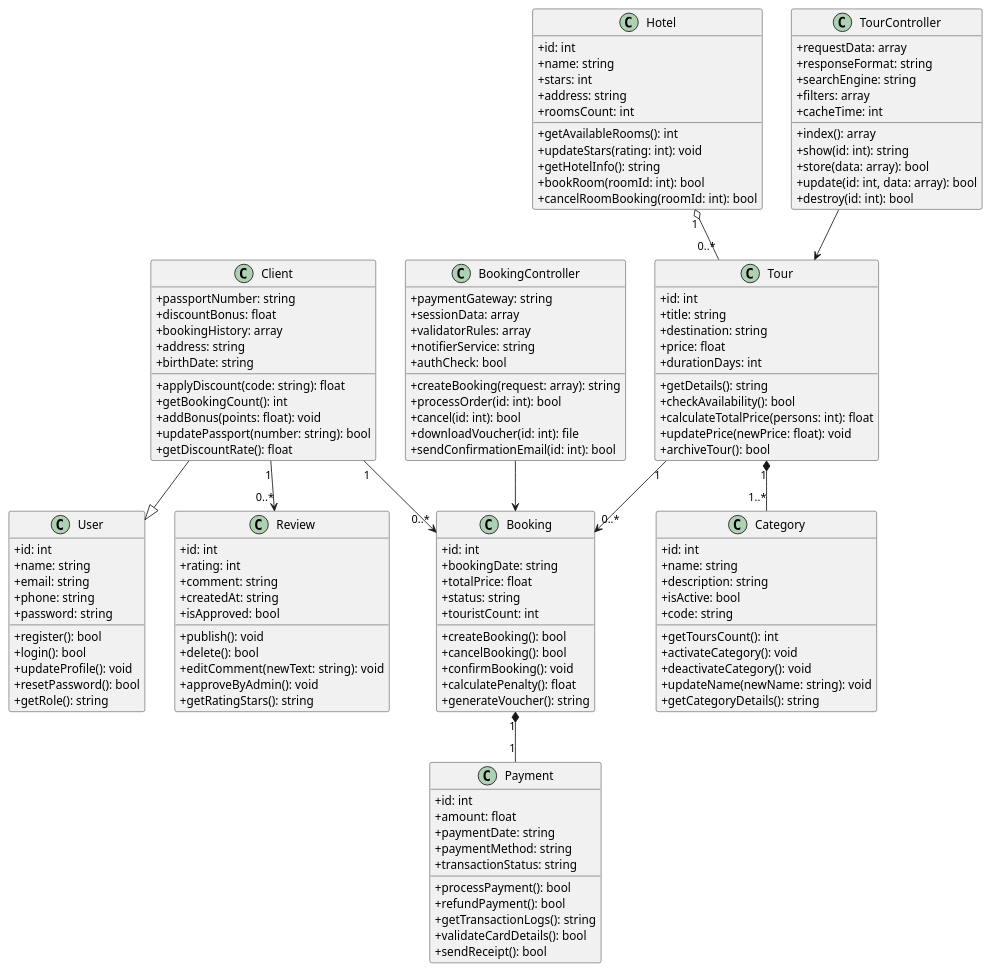
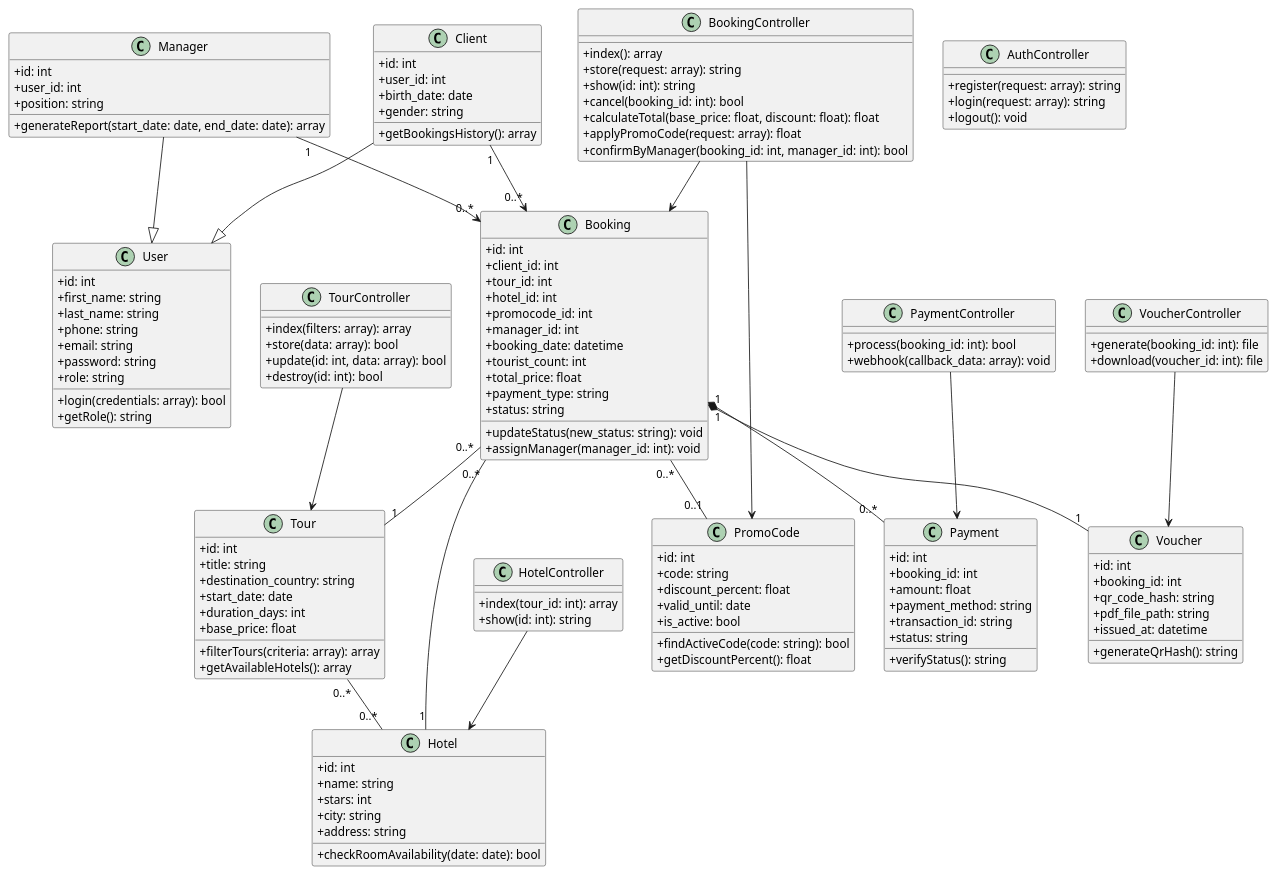
Before and after one commit to Julietkaaaaaaaa/php.lab1: the diagram in docs/class_diagram.puml, drawn with PlantUML. The commit also changed 4 other files, not shown here.

Commit message:
Update use case and class diagrams based on new requirements

```diff
--- a/docs/class_diagram.puml
+++ b/docs/class_diagram.puml
@@ -1,145 +1,168 @@
 @startuml
 skinparam classAttributeIconSize 0
 
+' --- МОДЕЛІ ---
+
 class User {
   +id: int
-  +name: string
+  +first_name: string
+  +last_name: string
+  +phone: string
   +email: string
-  +phone: string
   +password: string
-  +register(): bool
-  +login(): bool
-  +updateProfile(): void
-  +resetPassword(): bool
+  +role: string
+  +login(credentials: array): bool
   +getRole(): string
 }
 
 class Client {
-  +passportNumber: string
-  +discountBonus: float
-  +bookingHistory: array
-  +address: string
-  +birthDate: string
-  +applyDiscount(code: string): float
-  +getBookingCount(): int
-  +addBonus(points: float): void
-  +updatePassport(number: string): bool
-  +getDiscountRate(): float
+  +id: int
+  +user_id: int
+  +birth_date: date
+  +gender: string
+  +getBookingsHistory(): array
+}
+
+class Manager {
+  +id: int
+  +user_id: int
+  +position: string
+  +generateReport(start_date: date, end_date: date): array
 }
 
 class Tour {
   +id: int
   +title: string
-  +destination: string
-  +price: float
-  +durationDays: int
-  +getDetails(): string
-  +checkAvailability(): bool
-  +calculateTotalPrice(persons: int): float
-  +updatePrice(newPrice: float): void
-  +archiveTour(): bool
+  +destination_country: string
+  +start_date: date
+  +duration_days: int
+  +base_price: float
+  +filterTours(criteria: array): array
+  +getAvailableHotels(): array
 }
 
 class Hotel {
   +id: int
   +name: string
   +stars: int
+  +city: string
   +address: string
-  +roomsCount: int
-  +getAvailableRooms(): int
-  +updateStars(rating: int): void
-  +getHotelInfo(): string
-  +bookRoom(roomId: int): bool
-  +cancelRoomBooking(roomId: int): bool
+  +checkRoomAvailability(date: date): bool
 }
 
-class Category {
+class PromoCode {
   +id: int
-  +name: string
-  +description: string
-  +isActive: bool
   +code: string
-  +getToursCount(): int
-  +activateCategory(): void
-  +deactivateCategory(): void
-  +updateName(newName: string): void
-  +getCategoryDetails(): string
+  +discount_percent: float
+  +valid_until: date
+  +is_active: bool
+  +findActiveCode(code: string): bool
+  +getDiscountPercent(): float
 }
 
 class Booking {
   +id: int
-  +bookingDate: string
-  +totalPrice: float
+  +client_id: int
+  +tour_id: int
+  +hotel_id: int
+  +promocode_id: int
+  +manager_id: int
+  +booking_date: datetime
+  +tourist_count: int
+  +total_price: float
+  +payment_type: string
   +status: string
-  +touristCount: int
-  +createBooking(): bool
-  +cancelBooking(): bool
-  +confirmBooking(): void
-  +calculatePenalty(): float
-  +generateVoucher(): string
+  +updateStatus(new_status: string): void
+  +assignManager(manager_id: int): void
 }
 
 class Payment {
   +id: int
+  +booking_id: int
   +amount: float
-  +paymentDate: string
-  +paymentMethod: string
-  +transactionStatus: string
-  +processPayment(): bool
-  +refundPayment(): bool
-  +getTransactionLogs(): string
-  +validateCardDetails(): bool
-  +sendReceipt(): bool
+  +payment_method: string
+  +transaction_id: string
+  +status: string
+  +verifyStatus(): string
 }
 
-class Review {
+class Voucher {
   +id: int
-  +rating: int
-  +comment: string
-  +createdAt: string
-  +isApproved: bool
-  +publish(): void
-  +delete(): bool
-  +editComment(newText: string): void
-  +approveByAdmin(): void
-  +getRatingStars(): string
+  +booking_id: int
+  +qr_code_hash: string
+  +pdf_file_path: string
+  +issued_at: datetime
+  +generateQrHash(): string
+}
+
+' --- КОНТРОЛЕРИ  ---
+
+class AuthController {
+  +register(request: array): string
+  +login(request: array): string
+  +logout(): void
 }
 
 class TourController {
-  +requestData: array
-  +responseFormat: string
-  +searchEngine: string
-  +filters: array
-  +cacheTime: int
-  +index(): array
-  +show(id: int): string
+  +index(filters: array): array
   +store(data: array): bool
   +update(id: int, data: array): bool
   +destroy(id: int): bool
 }
 
-class BookingController {
-  +paymentGateway: string
-  +sessionData: array
-  +validatorRules: array
-  +notifierService: string
-  +authCheck: bool
-  +createBooking(request: array): string
-  +processOrder(id: int): bool
-  +cancel(id: int): bool
-  +downloadVoucher(id: int): file
-  +sendConfirmationEmail(id: int): bool
+class HotelController {
+  +index(tour_id: int): array
+  +show(id: int): string
 }
 
-' Зв'язки UML (Inheritance, Composition, Aggregation, Association)
+class BookingController {
+  +index(): array
+  +store(request: array): string
+  +show(id: int): string
+  +cancel(booking_id: int): bool
+  +calculateTotal(base_price: float, discount: float): float
+  +applyPromoCode(request: array): float
+  +confirmByManager(booking_id: int, manager_id: int): bool
+}
+
+class PaymentController {
+  +process(booking_id: int): bool
+  +webhook(callback_data: array): void
+}
+
+class VoucherController {
+  +generate(booking_id: int): file
+  +download(voucher_id: int): file
+}
+
+' --- ЗВ'ЯЗКИ МІЖ КЛАСАМИ ---
+
+' Спадкування користувачів
 Client --|> User
-Tour "1" *-- "1..*" Category
-Hotel "1" o-- "0..*" Tour
+Manager --|> User
+
+' Зв'язки Бронювання 
 Client "1" --> "0..*" Booking
-Tour "1" --> "0..*" Booking
-Booking "1" *-- "1" Payment
-Client "1" --> "0..*" Review
+Manager "1" --> "0..*" Booking
+
+' Зв'язок Тур-Готель 
+Tour "0..*" -- "0..*" Hotel
+
+' Що входить у Бронювання
+Booking "0..*" -- "1" Tour
+Booking "0..*" -- "1" Hotel
+Booking "0..*" -- "0..1" PromoCode
+
+' Композиція 
+Booking "1" *-- "0..*" Payment
+Booking "1" *-- "1" Voucher
+
+' Зв'язки Контролерів з Моделями 
 TourController --> Tour
+HotelController --> Hotel
 BookingController --> Booking
+BookingController --> PromoCode
+PaymentController --> Payment
+VoucherController --> Voucher
 
 @enduml
```
